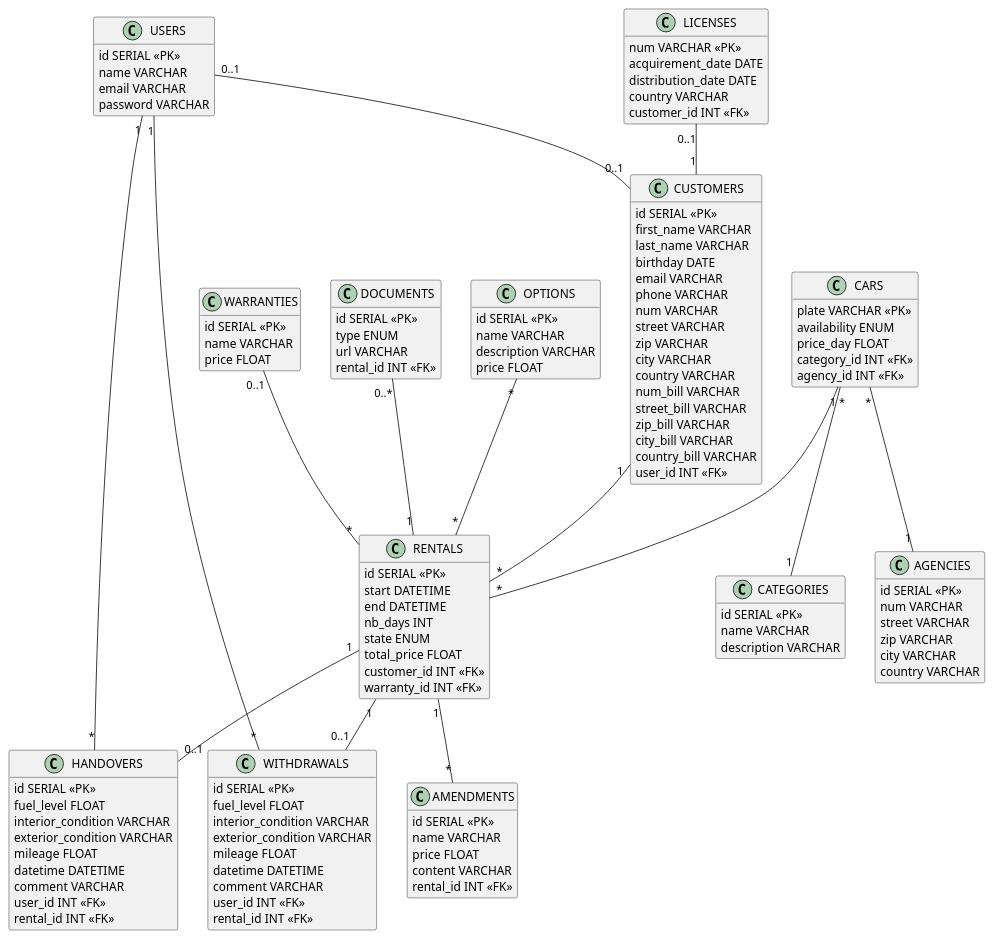
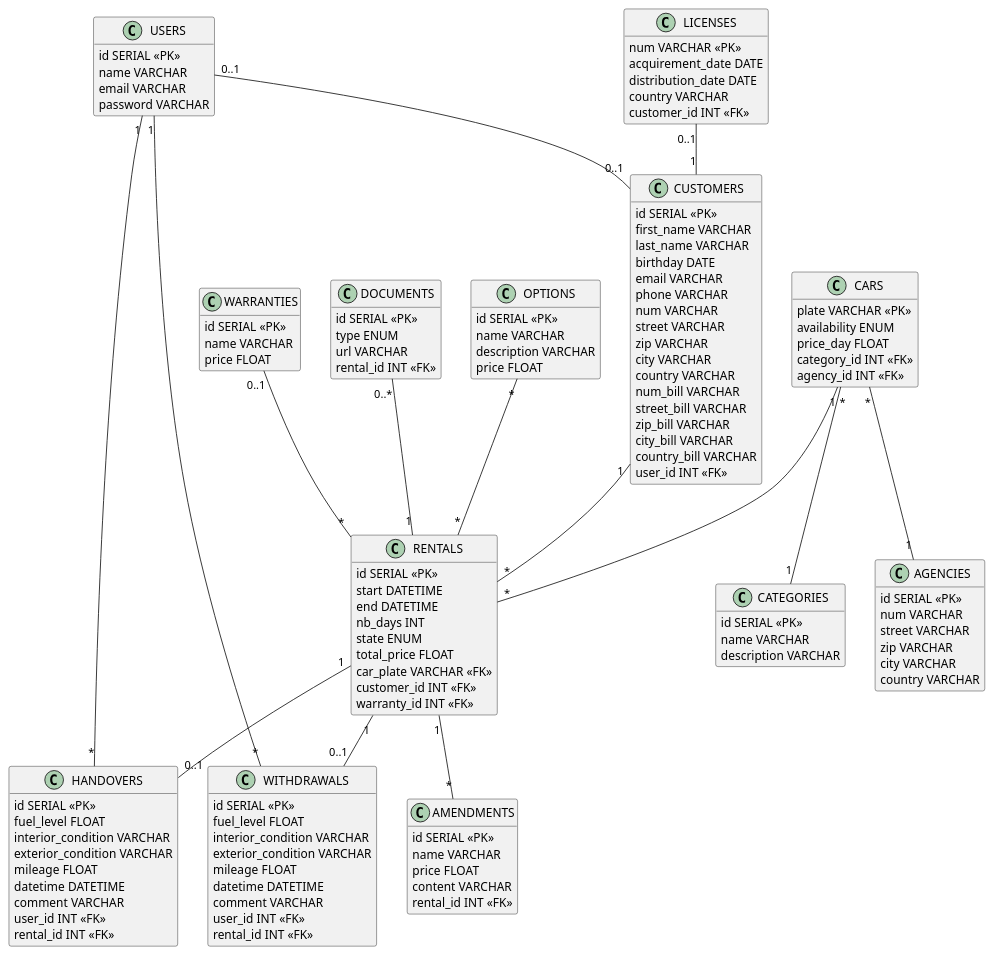
Before and after one commit to axelriv62/roulmapoul-api: the diagram in diagram.puml, drawn with PlantUML.

Commit message:
docs: ajout de la plaque d'immatriculation de la voiture dans la table location

```diff
--- a/diagram.puml
+++ b/diagram.puml
@@ -1,140 +1,141 @@
 @startuml
 hide empty members
 
 class USERS {
     id SERIAL <<PK>>
     name VARCHAR
     email VARCHAR
     password VARCHAR
 }
 
 class CUSTOMERS {
     id SERIAL <<PK>>
     first_name VARCHAR
     last_name VARCHAR
     birthday DATE
     email VARCHAR
     phone VARCHAR
     num VARCHAR
     street VARCHAR
     zip VARCHAR
     city VARCHAR
     country VARCHAR
     num_bill VARCHAR
     street_bill VARCHAR
     zip_bill VARCHAR
     city_bill VARCHAR
     country_bill VARCHAR
     user_id INT <<FK>>
 }
 
 class RENTALS {
     id SERIAL <<PK>>
     start DATETIME
     end DATETIME
     nb_days INT
     state ENUM
     total_price FLOAT
+    car_plate VARCHAR <<FK>>
     customer_id INT <<FK>>
     warranty_id INT <<FK>>
 }
 
 class LICENSES {
     num VARCHAR <<PK>>
     acquirement_date DATE
     distribution_date DATE
     country VARCHAR
     customer_id INT <<FK>>
 }
 
 class WARRANTIES {
     id SERIAL <<PK>>
     name VARCHAR
     price FLOAT
 }
 
 class AMENDMENTS {
     id SERIAL <<PK>>
     name VARCHAR
     price FLOAT
     content VARCHAR
     rental_id INT <<FK>>
 }
 
 class DOCUMENTS {
     id SERIAL <<PK>>
     type ENUM
     url VARCHAR
     rental_id INT <<FK>>
 }
 
 class WITHDRAWALS {
     id SERIAL <<PK>>
     fuel_level FLOAT
     interior_condition VARCHAR
     exterior_condition VARCHAR
     mileage FLOAT
     datetime DATETIME
     comment VARCHAR
     user_id INT <<FK>>
     rental_id INT <<FK>>
 }
 
 class HANDOVERS {
     id SERIAL <<PK>>
     fuel_level FLOAT
     interior_condition VARCHAR
     exterior_condition VARCHAR
     mileage FLOAT
     datetime DATETIME
     comment VARCHAR
     user_id INT <<FK>>
     rental_id INT <<FK>>
 }
 
 class CARS {
     plate VARCHAR <<PK>>
     availability ENUM
     price_day FLOAT
     category_id INT <<FK>>
     agency_id INT <<FK>>
 }
 
 class OPTIONS {
     id SERIAL <<PK>>
     name VARCHAR
     description VARCHAR
     price FLOAT
 }
 
 class CATEGORIES {
     id SERIAL <<PK>>
     name VARCHAR
     description VARCHAR
 }
 
 class AGENCIES {
     id SERIAL <<PK>>
     num VARCHAR
     street VARCHAR
     zip VARCHAR
     city VARCHAR
     country VARCHAR
 }
 
 CARS "*" -- "1" AGENCIES
 CARS "*" -- "1" CATEGORIES
 CARS "1" -- "*" RENTALS
 RENTALS "1" -- "*" AMENDMENTS
 RENTALS "1" -- "0..1" WITHDRAWALS
 WITHDRAWALS "*" -- "1" USERS
 USERS "0..1" -- "0..1" CUSTOMERS
 LICENSES "0..1" -- "1" CUSTOMERS
 WARRANTIES "0..1" -- "*" RENTALS
 OPTIONS "*" -- "*" RENTALS
 DOCUMENTS "0..*" -- "1" RENTALS
 USERS "1" -- "*" HANDOVERS
 RENTALS "1" -- "0..1" HANDOVERS
 CUSTOMERS "1" -- "*" RENTALS
 
 @enduml
```
